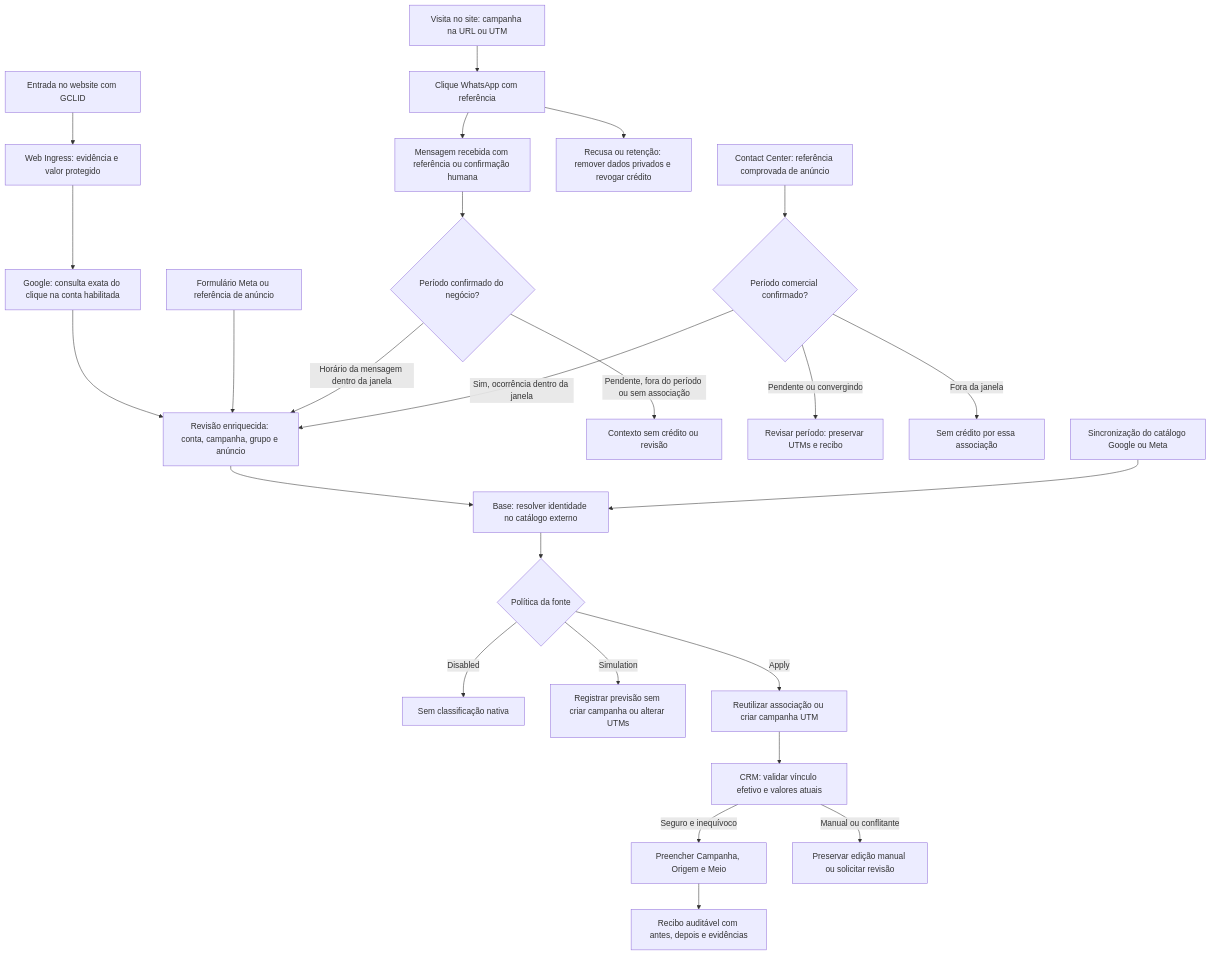
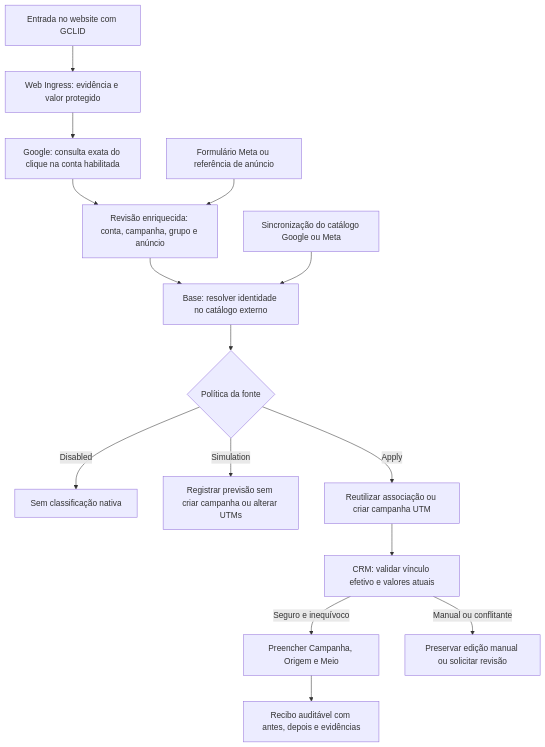
One commit to soloztech/marketing-center changed the diagram in docs/native-campaign-attribution.md. Above: the diagram before and after it, drawn with Mermaid. The commit also changed other lines of this file and 12 other files, not shown here.

````diff
--- a/docs/native-campaign-attribution.md
+++ b/docs/native-campaign-attribution.md
@@ -23,27 +23,17 @@
 ```mermaid
 flowchart TD
     W[Entrada no website com GCLID] --> V[Web Ingress: evidência e valor protegido]
     V --> G[Google: consulta exata do clique na conta habilitada]
     G --> E[Revisão enriquecida: conta, campanha, grupo e anúncio]
     M[Formulário Meta ou referência de anúncio] --> E
-    W2[Visita no site: campanha na URL ou UTM] --> K[Clique WhatsApp com referência]
-    K --> Msg[Mensagem recebida com referência ou confirmação humana]
-    Msg --> B2{Período confirmado do negócio?}
-    B2 -->|Horário da mensagem dentro da janela| E
-    B2 -->|Pendente, fora do período ou sem associação| Ctx[Contexto sem crédito ou revisão]
-    K --> Priv[Recusa ou retenção: remover dados privados e revogar crédito]
-    C[Contact Center: referência comprovada de anúncio] --> B{Período comercial confirmado?}
-    B -->|Sim, ocorrência dentro da janela| E
-    B -->|Pendente ou convergindo| Hold[Revisar período: preservar UTMs e recibo]
-    B -->|Fora da janela| Excluded[Sem crédito por essa associação]
     E --> R[Base: resolver identidade no catálogo externo]
     S[Sincronização do catálogo Google ou Meta] --> R
     R --> P{Política da fonte}
     P -->|Disabled| D[Sem classificação nativa]
     P -->|Simulation| T[Registrar previsão sem criar campanha ou alterar UTMs]
     P -->|Apply| U[Reutilizar associação ou criar campanha UTM]
     U --> L[CRM: validar vínculo efetivo e valores atuais]
     L -->|Seguro e inequívoco| A[Preencher Campanha, Origem e Meio]
     L -->|Manual ou conflitante| Q[Preservar edição manual ou solicitar revisão]
     A --> H[Recibo auditável com antes, depois e evidências]
 ```
````
